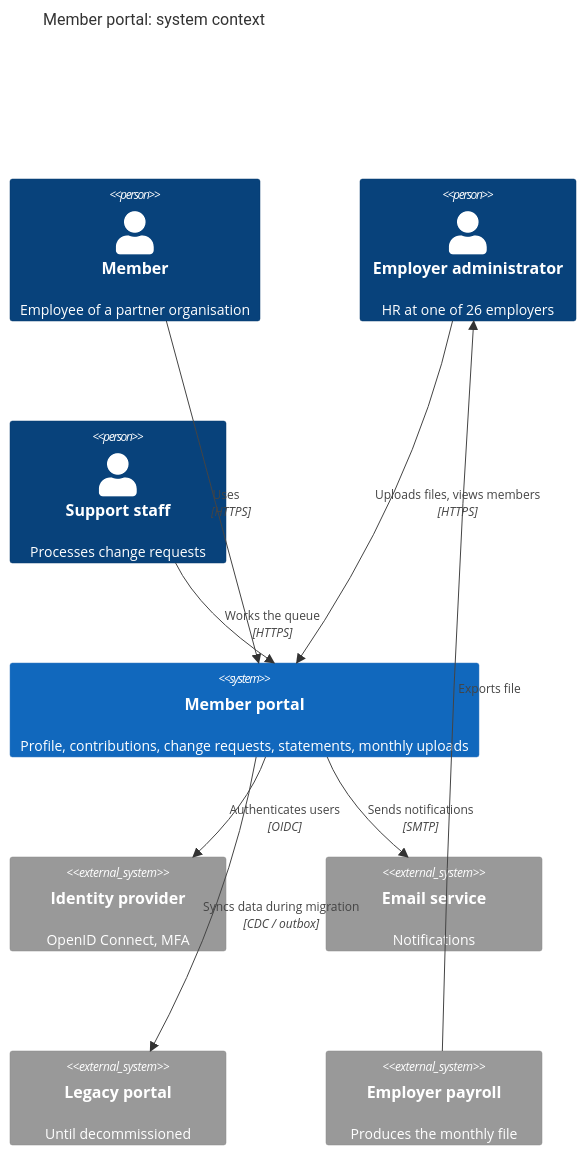
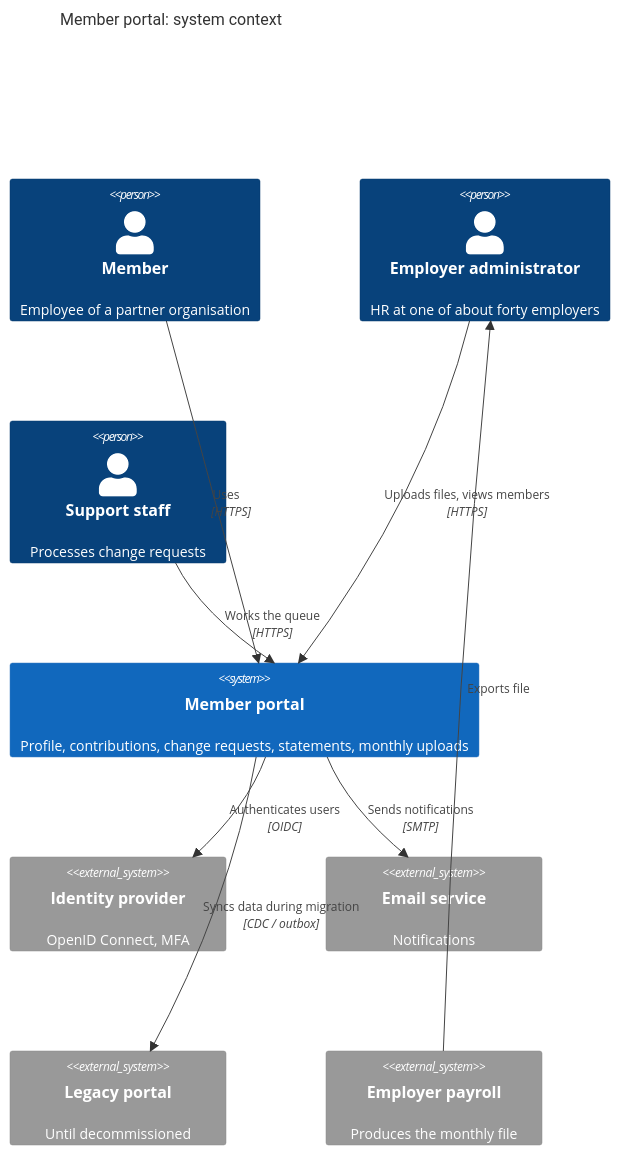
The first of 4 diagrams in 32-casebook/casebook/04-architecture.md (victor-prokhorov/samples), drawn with Mermaid before and after one commit. The commit also changed other lines of this file and 78 other files, not shown here.

````diff
--- a/32-casebook/casebook/04-architecture.md
+++ b/32-casebook/casebook/04-architecture.md
@@ -8,19 +8,19 @@
 ```mermaid
 C4Context
     title Member portal: system context
     Person(member, "Member", "Employee of a partner organisation")
-    Person(hr, "Employer administrator", "HR at one of 26 employers")
+    Person(hr, "Employer administrator", "HR at one of about forty employers")
     Person(staff, "Support staff", "Processes change requests")
     System(portal, "Member portal", "Profile, contributions, change requests, statements, monthly uploads")
     System_Ext(idp, "Identity provider", "OpenID Connect, MFA")
     System_Ext(mail, "Email service", "Notifications")
     System_Ext(legacy, "Legacy portal", "Until decommissioned")
     System_Ext(payroll, "Employer payroll", "Produces the monthly file")
     Rel(member, portal, "Uses", "HTTPS")
     Rel(hr, portal, "Uploads files, views members", "HTTPS")
     Rel(staff, portal, "Works the queue", "HTTPS")
     Rel(portal, idp, "Authenticates users", "OIDC")
     Rel(portal, mail, "Sends notifications", "SMTP")
     Rel(portal, legacy, "Syncs data during migration", "CDC / outbox")
     Rel(payroll, hr, "Exports file")
 ```
````
